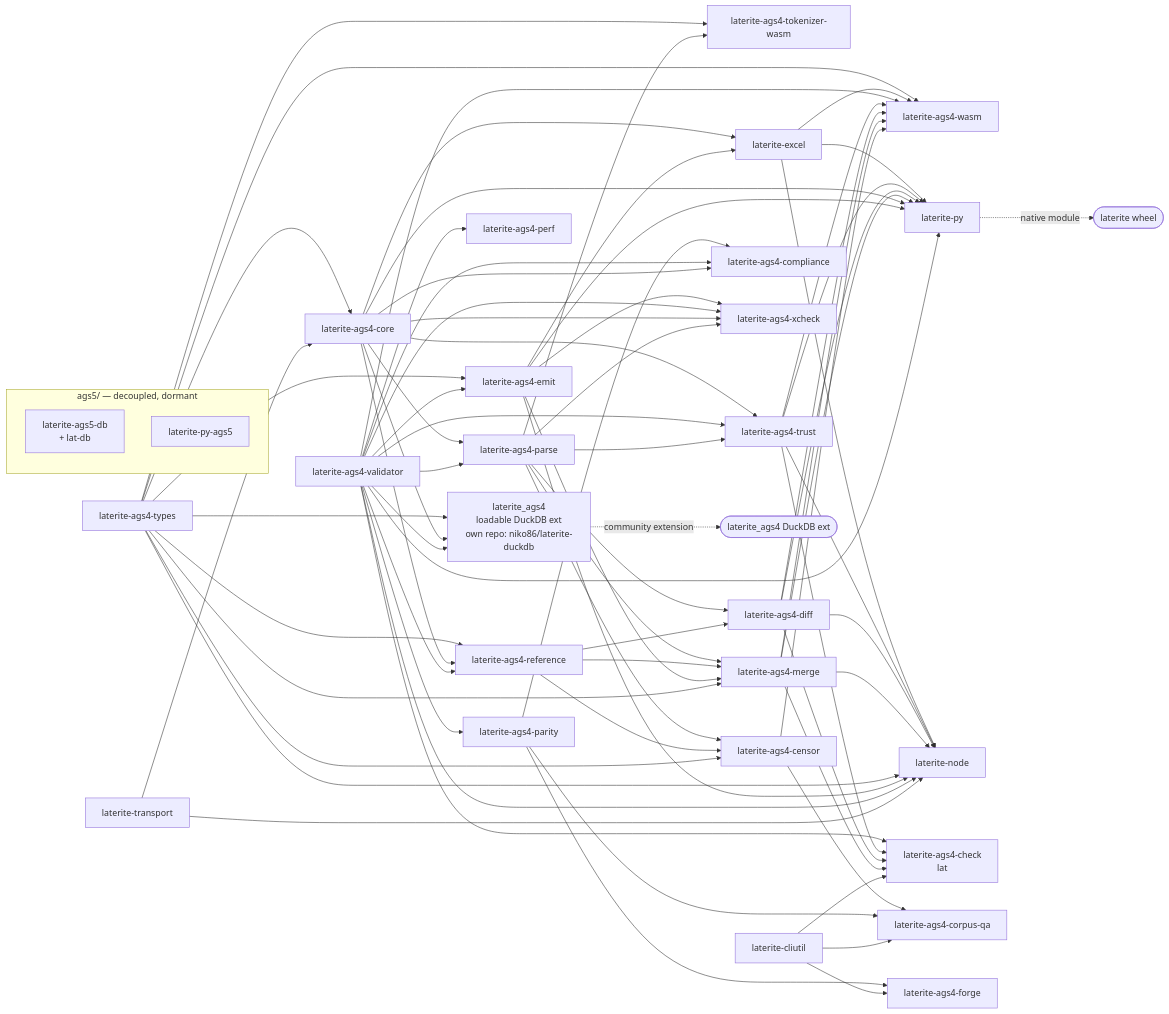
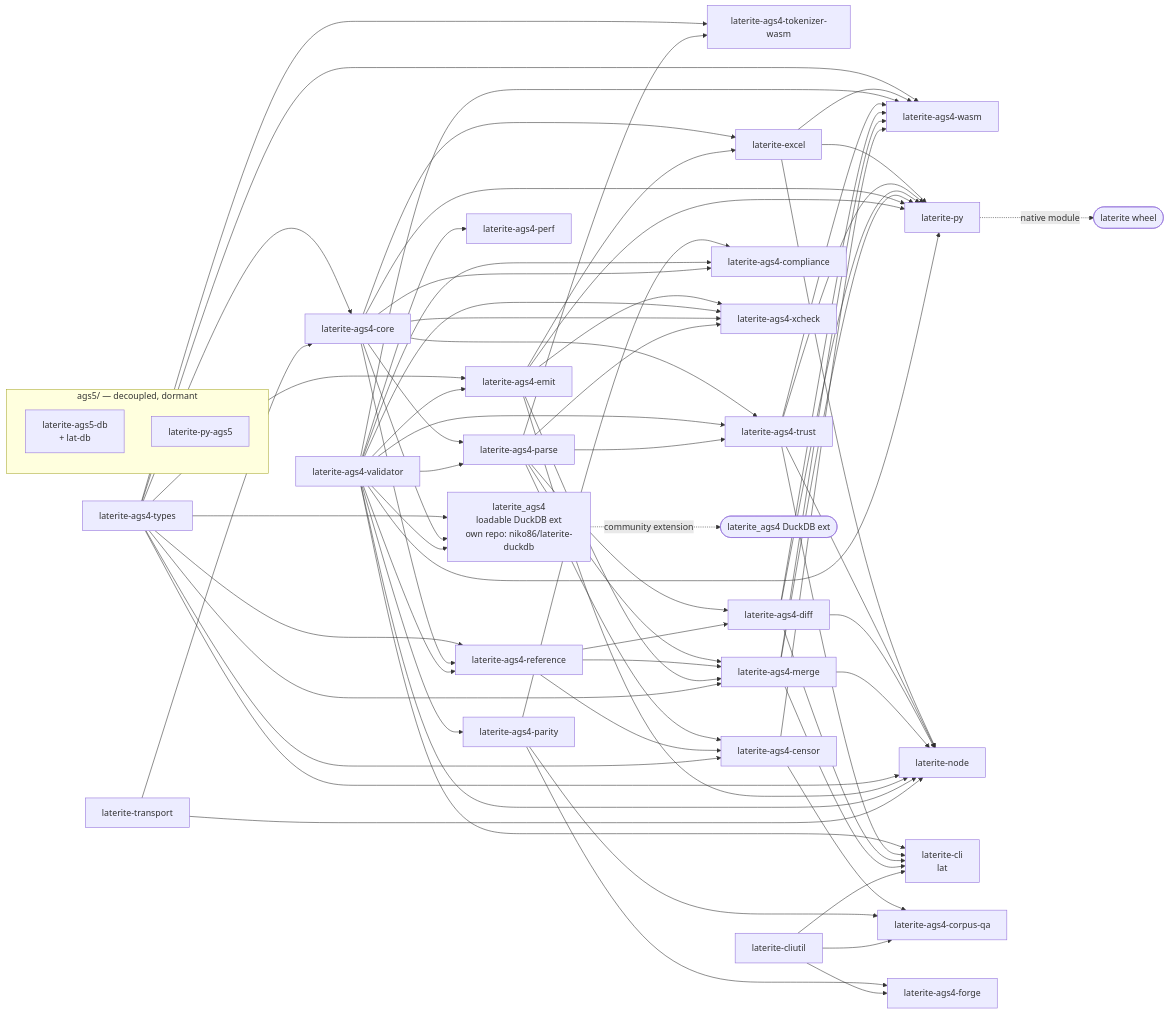
The diagram in ags-wiki/concepts/crate-map.md (niko86/laterite), drawn with Mermaid before and after one commit. The commit also changed other lines of this file and 74 other files, not shown here.

First line of the commit message:
refactor(cli): the CLI crate is `laterite-cli`

````diff
--- a/ags-wiki/concepts/crate-map.md
+++ b/ags-wiki/concepts/crate-map.md
@@ -377,78 +377,78 @@
 ```mermaid
 flowchart LR
   types[laterite-ags4-types] --> core[laterite-ags4-core]
   types --> reference
   core --> parse[laterite-ags4-parse]
   core --> reference[laterite-ags4-reference]
   validator --> parse
   validator --> reference
   types --> wasm[laterite-ags4-wasm]
   types --> tokenizerwasm[laterite-ags4-tokenizer-wasm]
   parse --> tokenizerwasm
   types --> emit[laterite-ags4-emit]
   validator[laterite-ags4-validator] --> emit
   core --> excel[laterite-excel]
   emit --> excel
   excel --> latpy[laterite-py]
   excel --> latnode
   excel --> wasm
-  validator --> check[laterite-ags4-check<br/>lat]
+  validator --> check[laterite-cli<br/>lat]
   validator --> wasm
   core --> trust[laterite-ags4-trust]
   validator --> trust
   parse --> trust
   trust --> check
   trust --> latpy
   trust --> latnode
   trust --> wasm
   parse --> diff[laterite-ags4-diff]
   reference --> diff
   diff --> check
   diff --> latpy
   diff --> latnode
   diff --> wasm
   parse --> merge[laterite-ags4-merge]
   reference --> merge
   emit --> merge
   types --> merge
   merge --> check
   merge --> latpy
   merge --> latnode
   merge --> wasm
   parse --> censor[laterite-ags4-censor]
   reference --> censor
   types --> censor
   censor --> corpusqa
   censor --> wasm
   validator --> parity[laterite-ags4-parity]
   core --> latpy[laterite-py]
   emit --> latpy
   validator --> latpy
   types --> latnode[laterite-node]
   emit --> latnode
   validator --> latnode
   transport[laterite-transport] --> core
   transport --> latnode
   types --> duckdb["laterite_ags4<br/>loadable DuckDB ext<br/>own repo: niko86/laterite-duckdb"]
   core --> duckdb
   validator --> duckdb
   parity --> corpusqa[laterite-ags4-corpus-qa]
   parity --> forge[laterite-ags4-forge]
   parity --> compliance[laterite-ags4-compliance]
   validator --> compliance
   core --> compliance
   emit --> xcheck[laterite-ags4-xcheck]
   validator --> xcheck
   core --> xcheck
   parse --> xcheck
   validator --> perf[laterite-ags4-perf]
   cliutil[laterite-cliutil] --> check
   cliutil --> corpusqa
   cliutil --> forge
   latpy -.native module.-> wlat([laterite wheel])
   duckdb -.community extension.-> cext([laterite_ags4 DuckDB ext])
   subgraph dormant["ags5/ — decoupled, dormant"]
     cli[laterite-ags5-db<br/>+ lat-db]
     latpy5[laterite-py-ags5]
   end
 ```
````
